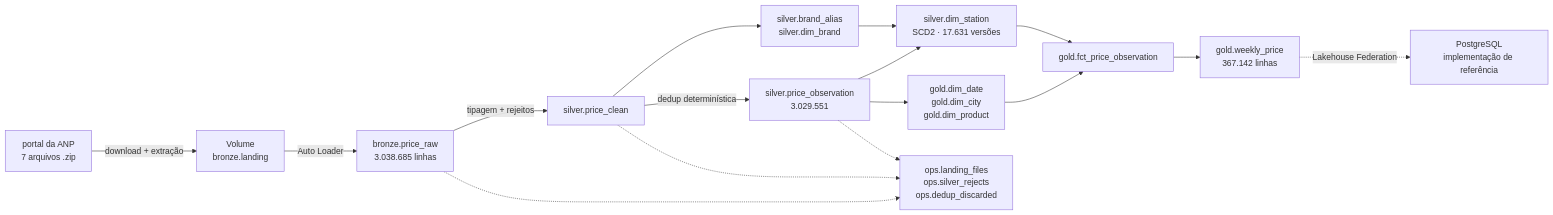
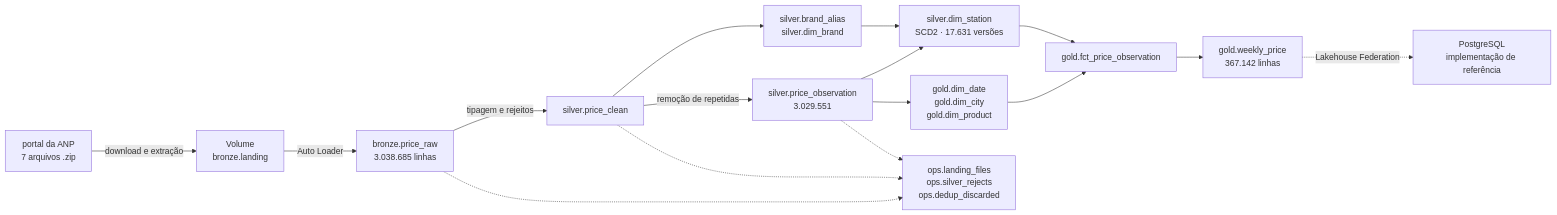
The diagram in README.md (mrmansini/databricks-lakehouse-anp), drawn with Mermaid before and after one commit. The commit also changed other lines of this file, not shown here.

````diff
--- a/README.md
+++ b/README.md
@@ -55,18 +61,18 @@
 ```mermaid
 flowchart LR
-    A["portal da ANP<br/>7 arquivos .zip"] -->|"download + extração"| B["Volume<br/>bronze.landing"]
+    A["portal da ANP<br/>7 arquivos .zip"] -->|"download e extração"| B["Volume<br/>bronze.landing"]
     B -->|"Auto Loader"| C["bronze.price_raw<br/>3.038.685 linhas"]
-    C -->|"tipagem + rejeitos"| D["silver.price_clean"]
+    C -->|"tipagem e rejeitos"| D["silver.price_clean"]
     D --> E["silver.brand_alias<br/>silver.dim_brand"]
-    D -->|"dedup determinística"| F["silver.price_observation<br/>3.029.551"]
+    D -->|"remoção de repetidas"| F["silver.price_observation<br/>3.029.551"]
     E --> G["silver.dim_station<br/>SCD2 · 17.631 versões"]
     F --> G
     F --> H["gold.dim_date<br/>gold.dim_city<br/>gold.dim_product"]
     G --> I["gold.fct_price_observation"]
     H --> I
     I --> J["gold.weekly_price<br/>367.142 linhas"]
     C -.-> K["ops.landing_files<br/>ops.silver_rejects<br/>ops.dedup_discarded"]
     D -.-> K
     F -.-> K
     J -.->|"Lakehouse Federation"| L["PostgreSQL<br/>implementação de referência"]
 ```
````
